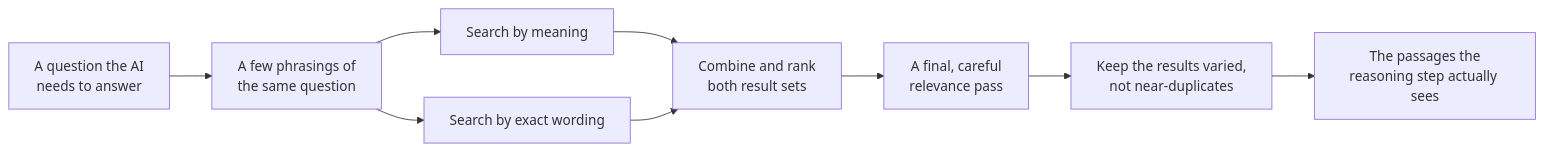
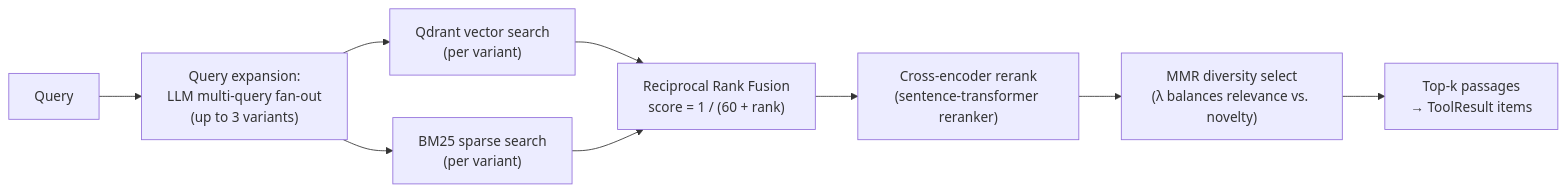
One commit to IndustryFusion/xana-docs changed the fourth of 4 diagrams in docs/ARCHITECTURE.md. Above: the diagram before and after it, drawn with Mermaid. The commit also changed other lines of this file and 7 other files, not shown here.

````diff
--- a/docs/ARCHITECTURE.md
+++ b/docs/ARCHITECTURE.md
@@ -133,11 +174,11 @@
 ```mermaid
 flowchart LR
-    query["A question the AI\nneeds to answer"] --> expand["A few phrasings of\nthe same question"]
-    expand --> vec["Search by meaning"]
-    expand --> sparse["Search by exact wording"]
-    vec --> fuse["Combine and rank\nboth result sets"]
-    sparse --> fuse
-    fuse --> rerank["A final, careful\nrelevance pass"]
-    rerank --> diversity["Keep the results varied,\nnot near-duplicates"]
-    diversity --> passages["The passages the\nreasoning step actually sees"]
+    query["Query"] --> expand["Query expansion:<br/>LLM multi-query fan-out<br/>(up to 3 variants)"]
+    expand --> vec["Qdrant vector search<br/>(per variant)"]
+    expand --> sparse["BM25 sparse search<br/>(per variant)"]
+    vec --> rrf["Reciprocal Rank Fusion<br/>score = 1 / (60 + rank)"]
+    sparse --> rrf
+    rrf --> rerank["Cross-encoder rerank<br/>(sentence-transformer reranker)"]
+    rerank --> mmr["MMR diversity select<br/>(λ balances relevance vs. novelty)"]
+    mmr --> passages["Top-k passages<br/>→ ToolResult items"]
 ```
````
